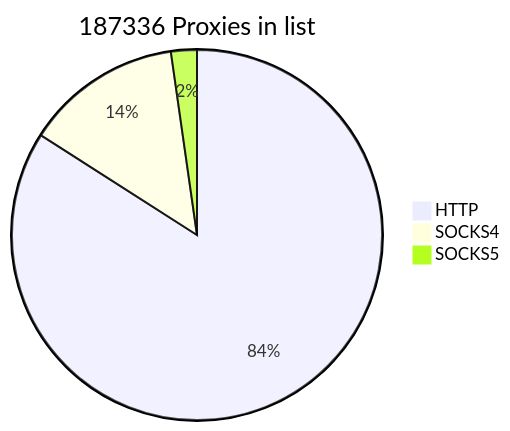
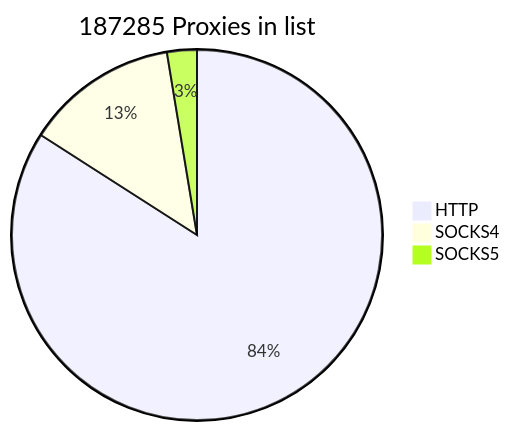
The first of 2 diagrams in README.md (cutipu/proxylist), drawn with Mermaid before and after one commit. The commit also changed other lines of this file, not shown here.

````diff
--- a/README.md
+++ b/README.md
@@ -2,7 +2,7 @@
 ```mermaid
-pie title 187336 Proxies in list
-    "HTTP" : 157462
-    "SOCKS4" : 25645
-    "SOCKS5" : 4229
+pie title 187285 Proxies in list
+    "HTTP" : 157439
+    "SOCKS4" : 24970
+    "SOCKS5" : 4876
             
 ```
````
